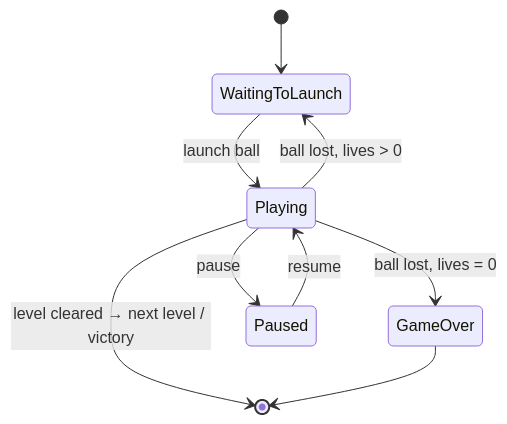
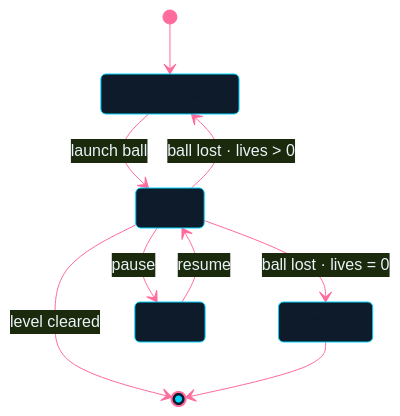
The third of 3 diagrams in docs/architecture.md (olesu/claude-breakout-game), drawn with Mermaid before and after one commit. The commit also changed other lines of this file, not shown here.

First line of the commit message:
docs: vertical layout and neon colours for Mermaid diagrams (#113)

```diff
--- a/docs/architecture.md
+++ b/docs/architecture.md
@@ -97,11 +112,21 @@
 <pre class="mermaid">
+%%{init: {'theme': 'base', 'themeVariables': {
+  'primaryColor': '#0d1b2a',
+  'primaryTextColor': '#e8f4f8',
+  'primaryBorderColor': '#00d4ff',
+  'lineColor': '#ff6b9d',
+  'stateBkg': '#0d1b2a',
+  'stateBorder': '#00d4ff',
+  'labelBackgroundColor': '#0a1628',
+  'transitionColor': '#ff6b9d'
+}}}%%
 stateDiagram-v2
     [*] --> WaitingToLaunch
     WaitingToLaunch --> Playing : launch ball
-    Playing --> WaitingToLaunch : ball lost, lives > 0
-    Playing --> GameOver : ball lost, lives = 0
+    Playing --> WaitingToLaunch : ball lost · lives > 0
+    Playing --> GameOver : ball lost · lives = 0
     Playing --> Paused : pause
     Paused --> Playing : resume
-    Playing --> [*] : level cleared → next level / victory
+    Playing --> [*] : level cleared
     GameOver --> [*]
 </pre>
```
